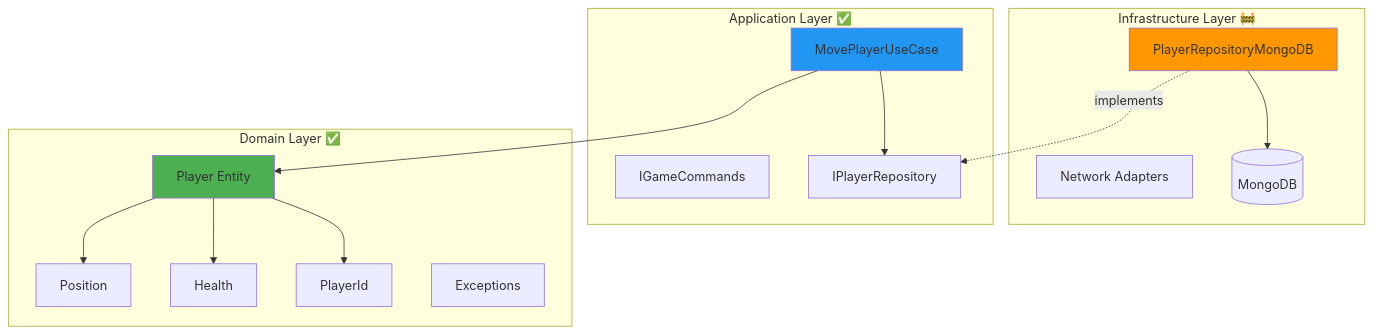
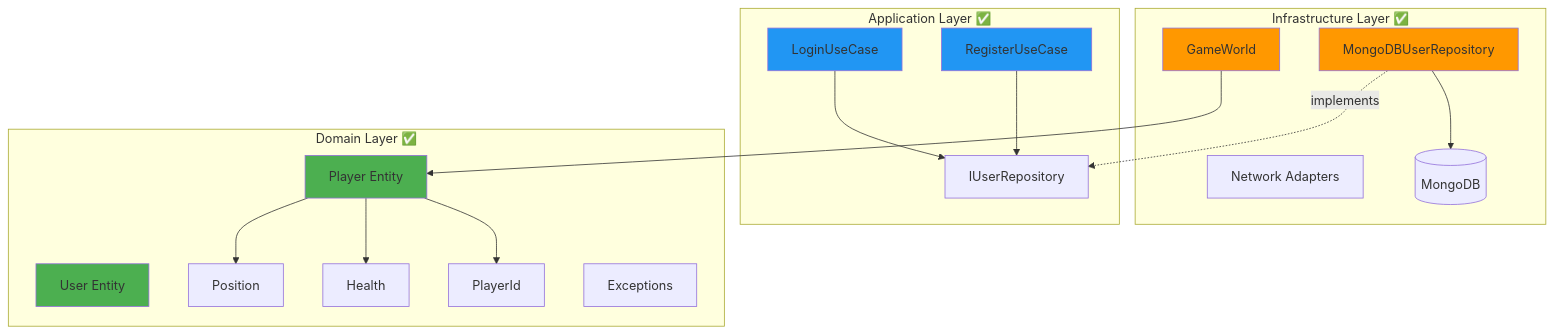
The first of 4 diagrams in docs/guides/hexagonal-architecture.md (ChrisG-L/rtype), drawn with Mermaid before and after one commit. The commit also changed other lines of this file and 38 other files, not shown here.

````diff
--- a/docs/guides/hexagonal-architecture.md
+++ b/docs/guides/hexagonal-architecture.md
@@ -77,34 +81,40 @@
 ```mermaid
 graph TB
-    subgraph "Infrastructure Layer 🚧"
-        REPO_IMPL[PlayerRepositoryMongoDB]
+    subgraph "Infrastructure Layer ✅"
+        REPO_IMPL[MongoDBUserRepository]
         NET[Network Adapters]
+        GW[GameWorld]
         DB[(MongoDB)]
     end
 
     subgraph "Application Layer ✅"
-        UC[MovePlayerUseCase]
-        PORTS_IN[IGameCommands]
-        PORTS_OUT[IPlayerRepository]
+        UC1[LoginUseCase]
+        UC2[RegisterUseCase]
+        PORTS_OUT[IUserRepository]
     end
 
     subgraph "Domain Layer ✅"
-        ENTITY[Player Entity]
+        ENTITY1[Player Entity]
+        ENTITY2[User Entity]
         VO1[Position]
         VO2[Health]
         VO3[PlayerId]
         EX[Exceptions]
     end
 
-    UC --> PORTS_OUT
-    UC --> ENTITY
+    UC1 --> PORTS_OUT
+    UC2 --> PORTS_OUT
     REPO_IMPL -.implements.-> PORTS_OUT
     REPO_IMPL --> DB
-    ENTITY --> VO1
-    ENTITY --> VO2
-    ENTITY --> VO3
+    GW --> ENTITY1
+    ENTITY1 --> VO1
+    ENTITY1 --> VO2
+    ENTITY1 --> VO3
 
-    style ENTITY fill:#4caf50
-    style UC fill:#2196f3
+    style ENTITY1 fill:#4caf50
+    style ENTITY2 fill:#4caf50
+    style UC1 fill:#2196f3
+    style UC2 fill:#2196f3
     style REPO_IMPL fill:#ff9800
+    style GW fill:#ff9800
 ```
````
